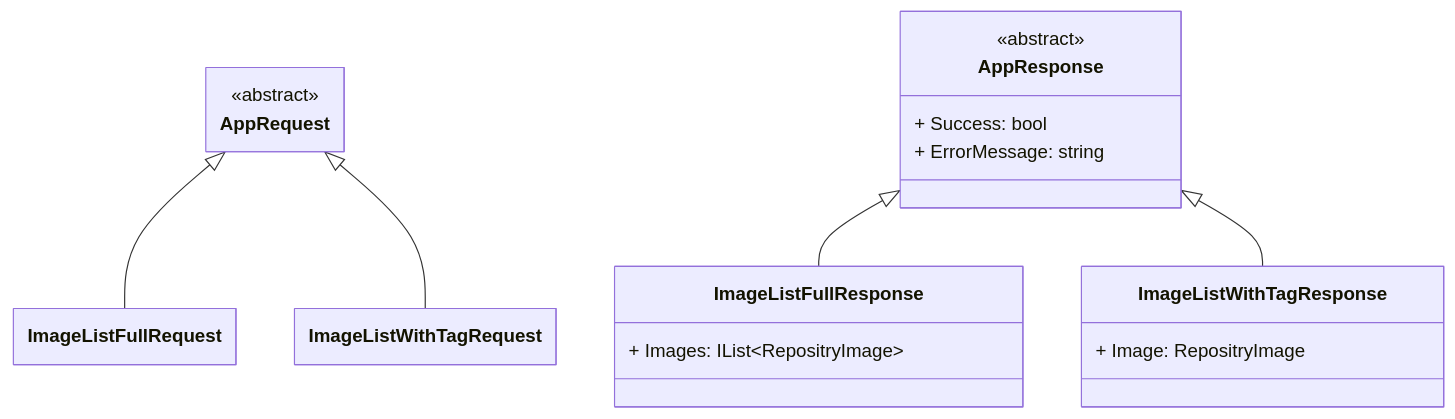
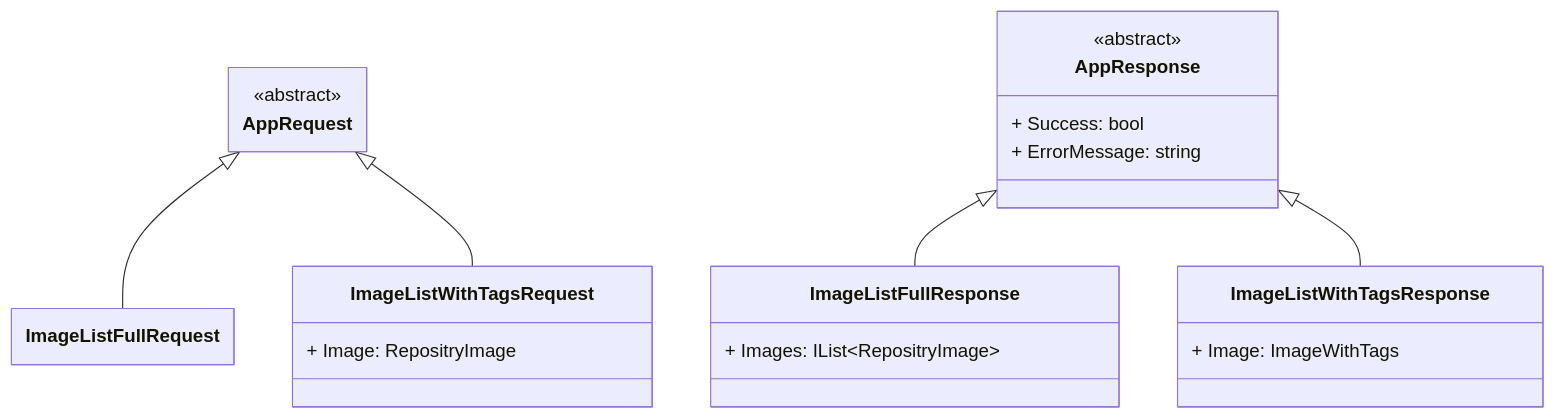
One commit to sdlfly2000/RegistryManager changed the second of 2 diagrams in UML/Application.Service.Image.md. Above: the diagram before and after it, drawn with Mermaid. The commit also changed other lines of this file and 23 other files, not shown here.

````diff
--- a/UML/Application.Service.Image.md
+++ b/UML/Application.Service.Image.md
@@ -29,39 +29,40 @@
 ```mermaid
 ---
 config:
     class:
         hideEmptyMembersBox: true
 ---
     classDiagram
 
         class AppRequest {
             <<abstract>>
         }
 
         class AppResponse {
             <<abstract>>
             + Success: bool
             + ErrorMessage: string
         }
     
         class ImageListFullRequest {
         }
 
-        class ImageListWithTagRequest {
+        class ImageListWithTagsRequest {
+            + Image: RepositryImage
         }
 
         class ImageListFullResponse{
             + Images: IList~RepositryImage~
         }
 
-        class ImageListWithTagResponse{
-            + Image: RepositryImage
+        class ImageListWithTagsResponse{
+            + Image: ImageWithTags
         }
 
         %%{relationship}%%
         AppRequest <|-- ImageListFullRequest
         AppResponse <|--ImageListFullResponse
-        AppRequest <|-- ImageListWithTagRequest
-        AppResponse <|--ImageListWithTagResponse
+        AppRequest <|-- ImageListWithTagsRequest
+        AppResponse <|--ImageListWithTagsResponse
 
 ```
````
